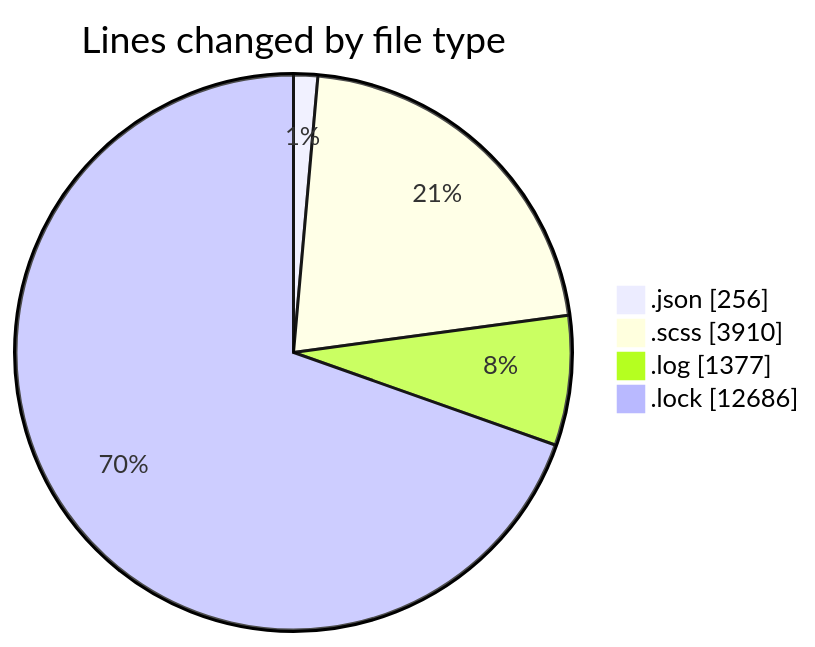
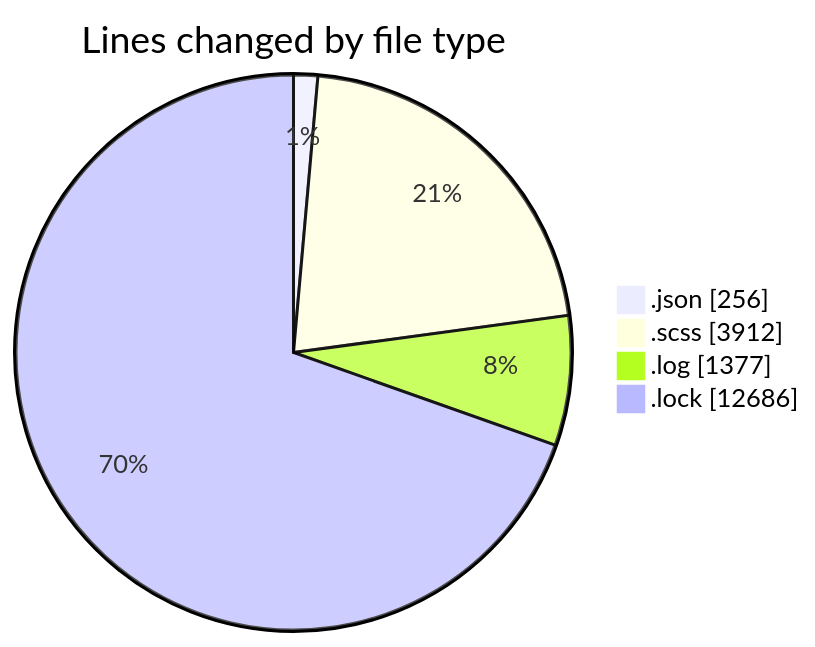
The first of 2 diagrams in 2026-01-22/cda/README.md (momahboobian/code-tracking), drawn with Mermaid before and after one commit. The commit also changed other lines of this file and 1 other file, not shown here.

````diff
--- a/2026-01-22/cda/README.md
+++ b/2026-01-22/cda/README.md
@@ -53,8 +53,8 @@
 ```mermaid
 pie showData
 title Lines changed by file type
 ".json" : 256
-".scss" : 3910
+".scss" : 3912
 ".log" : 1377
 ".lock" : 12686
 ```
````
